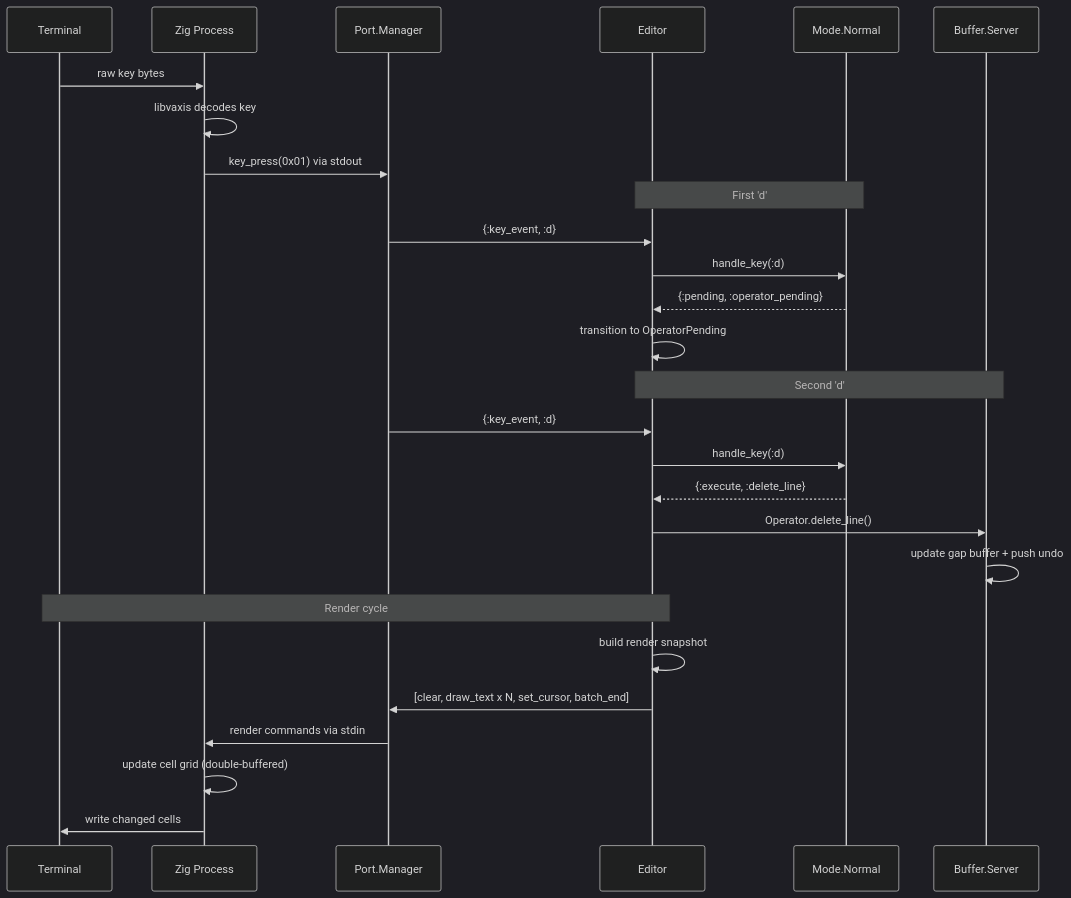
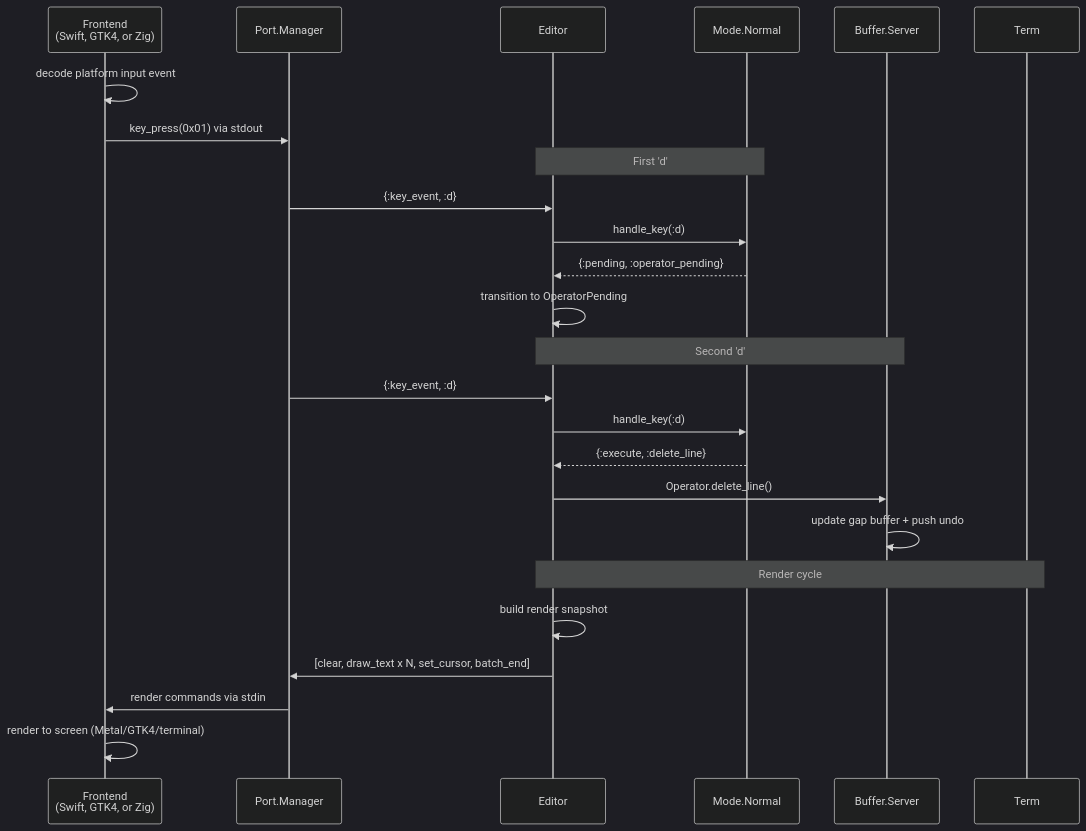
Before and after one commit to jsmestad/minga: the eighth of 10 diagrams in docs/ARCHITECTURE.md, drawn with Mermaid (dark theme). The commit also changed other lines of this file and 4 other files, not shown here.

First line of the commit message:
docs: update architecture and agent docs for GUI-first strategy

````diff
--- a/docs/ARCHITECTURE.md
+++ b/docs/ARCHITECTURE.md
@@ -338,33 +373,30 @@
 ```mermaid
 sequenceDiagram
-    participant Term as Terminal
-    participant Zig as Zig Process
+    participant FE as Frontend<br/>(Swift, GTK4, or Zig)
     participant PM as Port.Manager
     participant Ed as Editor
     participant Mode as Mode.Normal
     participant Buf as Buffer.Server
 
-    Term->>Zig: raw key bytes
-    Zig->>Zig: libvaxis decodes key
-    Zig->>PM: key_press(0x01) via stdout
+    FE->>FE: decode platform input event
+    FE->>PM: key_press(0x01) via stdout
 
     Note over Ed,Mode: First 'd'
     PM->>Ed: {:key_event, :d}
     Ed->>Mode: handle_key(:d)
     Mode-->>Ed: {:pending, :operator_pending}
     Ed->>Ed: transition to OperatorPending
 
     Note over Ed,Buf: Second 'd'
     PM->>Ed: {:key_event, :d}
     Ed->>Mode: handle_key(:d)
     Mode-->>Ed: {:execute, :delete_line}
     Ed->>Buf: Operator.delete_line()
     Buf->>Buf: update gap buffer + push undo
 
     Note over Ed,Term: Render cycle
     Ed->>Ed: build render snapshot
     Ed->>PM: [clear, draw_text x N, set_cursor, batch_end]
-    PM->>Zig: render commands via stdin
-    Zig->>Zig: update cell grid (double-buffered)
-    Zig->>Term: write changed cells
+    PM->>FE: render commands via stdin
+    FE->>FE: render to screen (Metal/GTK4/terminal)
 ```
````
